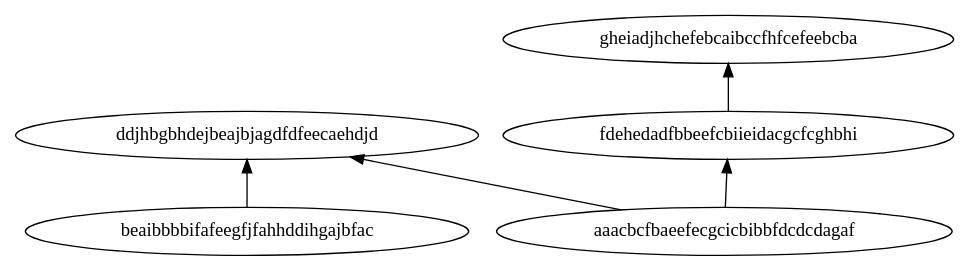
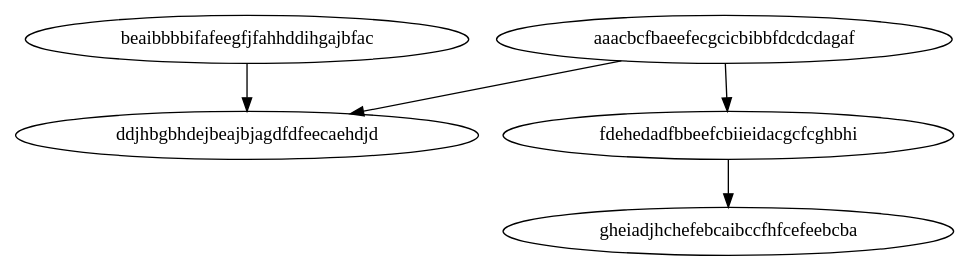
The diagram in qrgui/dotFiles/graph1.dot (qreal/qreal), drawn with Graphviz before and after one commit. The commit also changed 13 other files, not shown here.

```diff
--- a/qrgui/dotFiles/graph1.dot
+++ b/qrgui/dotFiles/graph1.dot
@@ -1,7 +1,7 @@
 digraph G { 
-rankdir=BT; 
+rankdir=TB; 
 beaibbbbifafeegfjfahhddihgajbfac -> ddjhbgbhdejbeajbjagdfdfeecaehdjd;
 aaacbcfbaeefecgcicbibbfdcdcdagaf -> fdehedadfbbeefcbiieidacgcfcghbhi;
 aaacbcfbaeefecgcicbibbfdcdcdagaf -> ddjhbgbhdejbeajbjagdfdfeecaehdjd;
 fdehedadfbbeefcbiieidacgcfcghbhi -> gheiadjhchefebcaibccfhfcefeebcba;
 }
```
